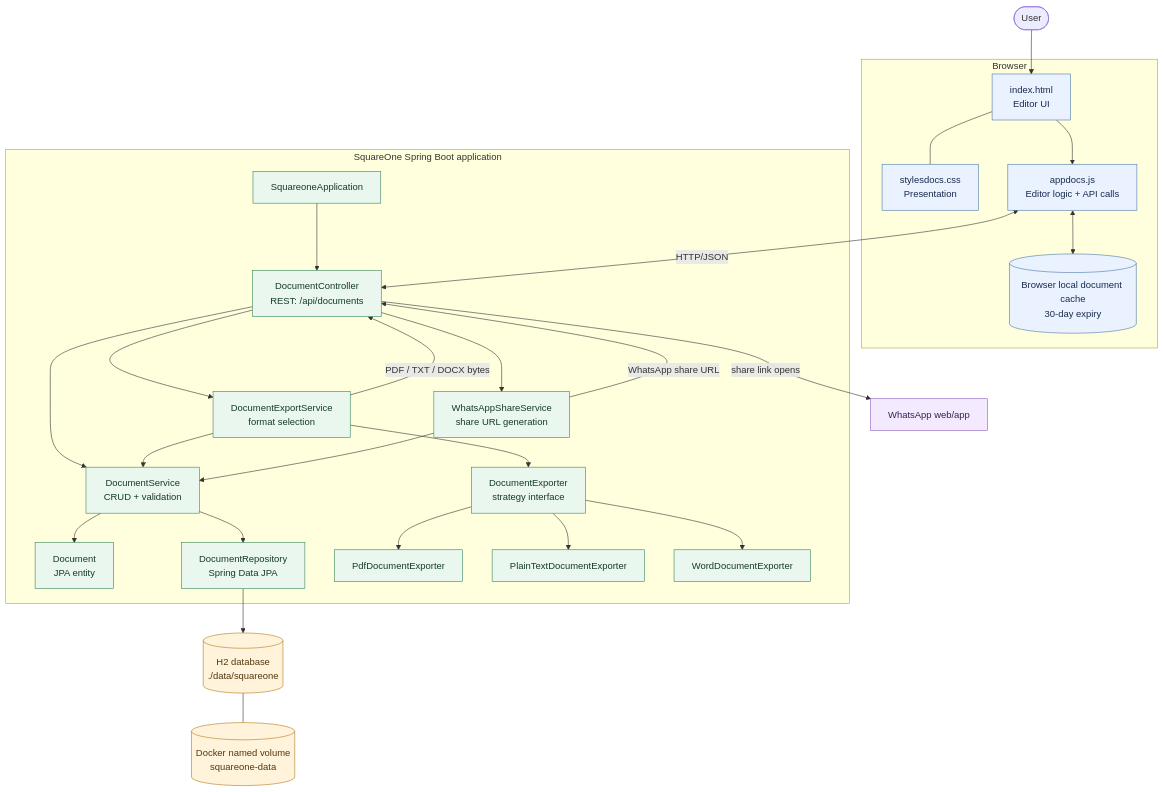
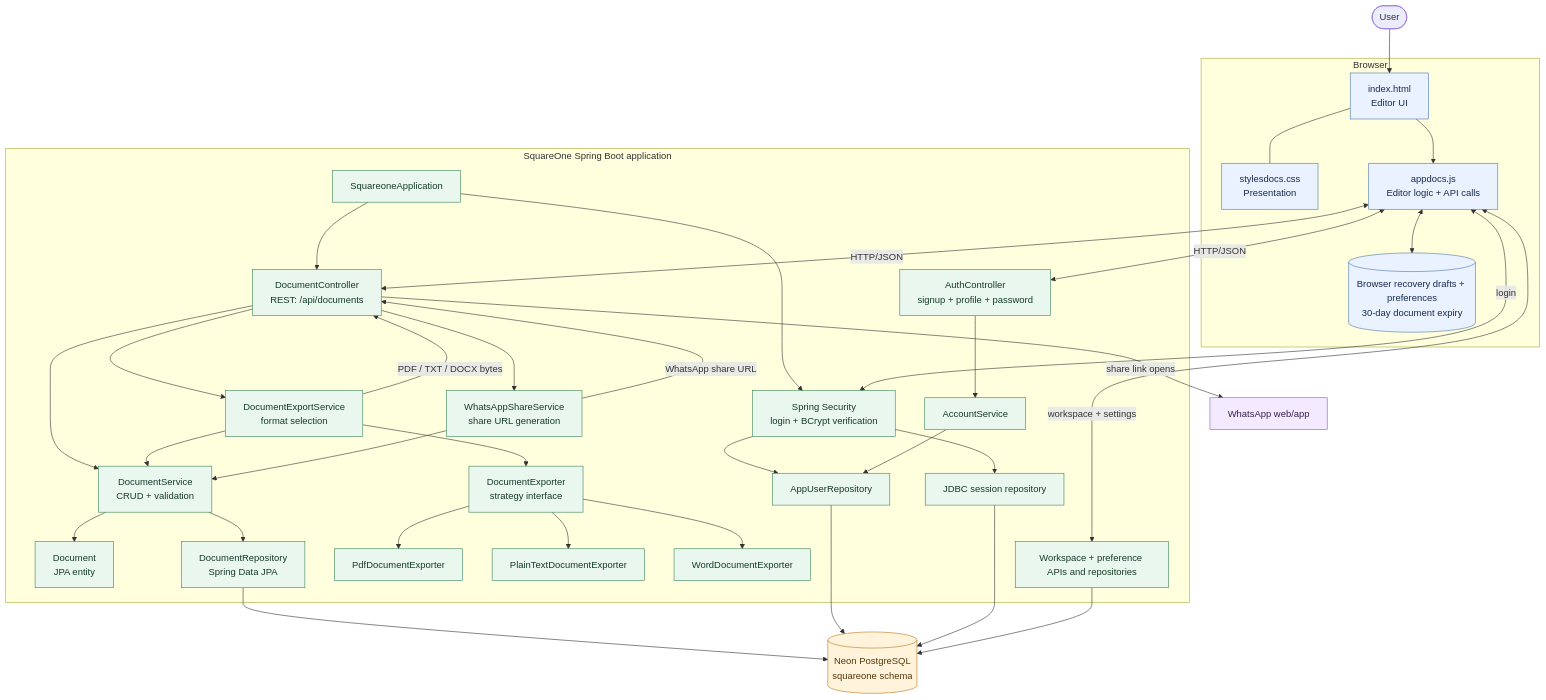
Before and after one commit to md2004sameer/squareone: the first of 3 diagrams in docs/architecture.md, drawn with Mermaid. The commit also changed other lines of this file and 16 other files, not shown here.

````diff
--- a/docs/architecture.md
+++ b/docs/architecture.md
@@ -7,61 +7,76 @@
 ```mermaid
 flowchart TB
     User([User])
 
     subgraph Browser["Browser"]
         UI["index.html<br/>Editor UI"]
         CSS["stylesdocs.css<br/>Presentation"]
         JS["appdocs.js<br/>Editor logic + API calls"]
-        Cache[("Browser local document cache<br/>30-day expiry")]
+        Cache[("Browser recovery drafts + preferences<br/>30-day document expiry")]
         UI --- CSS
         UI --> JS
         JS <--> Cache
     end
 
     subgraph App["SquareOne Spring Boot application"]
         AppMain["SquareoneApplication"]
         Controller["DocumentController<br/>REST: /api/documents"]
         DocService["DocumentService<br/>CRUD + validation"]
         ExportService["DocumentExportService<br/>format selection"]
         ShareService["WhatsAppShareService<br/>share URL generation"]
         Model["Document<br/>JPA entity"]
         Repo["DocumentRepository<br/>Spring Data JPA"]
         Exporter["DocumentExporter<br/>strategy interface"]
         PDF["PdfDocumentExporter"]
         TXT["PlainTextDocumentExporter"]
         DOCX["WordDocumentExporter"]
 
+        Auth["AuthController<br/>signup + profile + password"]
+        Security["Spring Security<br/>login + BCrypt verification"]
+        Account["AccountService"]
+        Users["AppUserRepository"]
+        State["Workspace + preference APIs and repositories"]
+        Sessions["JDBC session repository"]
+        AppMain --> Security
+        Security --> Users
+        Security --> Sessions
+        Auth --> Account
+        Account --> Users
         AppMain --> Controller
         Controller --> DocService
         Controller --> ExportService
         Controller --> ShareService
         DocService --> Repo
         DocService --> Model
         ExportService --> DocService
         ExportService --> Exporter
         Exporter --> PDF
         Exporter --> TXT
         Exporter --> DOCX
         ShareService --> DocService
     end
 
-    DB[("H2 database<br/>./data/squareone")]
-    Volume[("Docker named volume<br/>squareone-data")]
+    DB[("Neon PostgreSQL<br/>squareone schema")]
 
     User --> UI
     JS <-->|HTTP/JSON| Controller
     Repo --> DB
-    DB --- Volume
+    Users --> DB
+    Sessions --> DB
+    State --> DB
+    JS <-->|HTTP/JSON| Auth
+    JS <-->|login| Security
+    JS <-->|workspace + settings| State
     ExportService -->|PDF / TXT / DOCX bytes| Controller
     ShareService -->|WhatsApp share URL| Controller
     Controller -->|share link opens| WhatsApp["WhatsApp web/app"]
 
     classDef browser fill:#eaf2ff,stroke:#4c78a8,color:#172b4d
     classDef backend fill:#eaf7ef,stroke:#39845a,color:#153b25
     classDef storage fill:#fff3dc,stroke:#b7791f,color:#55370c
     classDef external fill:#f4eaff,stroke:#8b5fbf,color:#38204f
     class UI,CSS,JS,Cache browser
-    class AppMain,Controller,DocService,ExportService,ShareService,Model,Repo,Exporter,PDF,TXT,DOCX backend
-    class DB,Volume storage
+    class AppMain,Controller,DocService,ExportService,ShareService,Model,Repo,Exporter,PDF,TXT,DOCX,Auth,Security,Account,Users,State,Sessions backend
+    class DB storage
     class WhatsApp external
 ```
````
